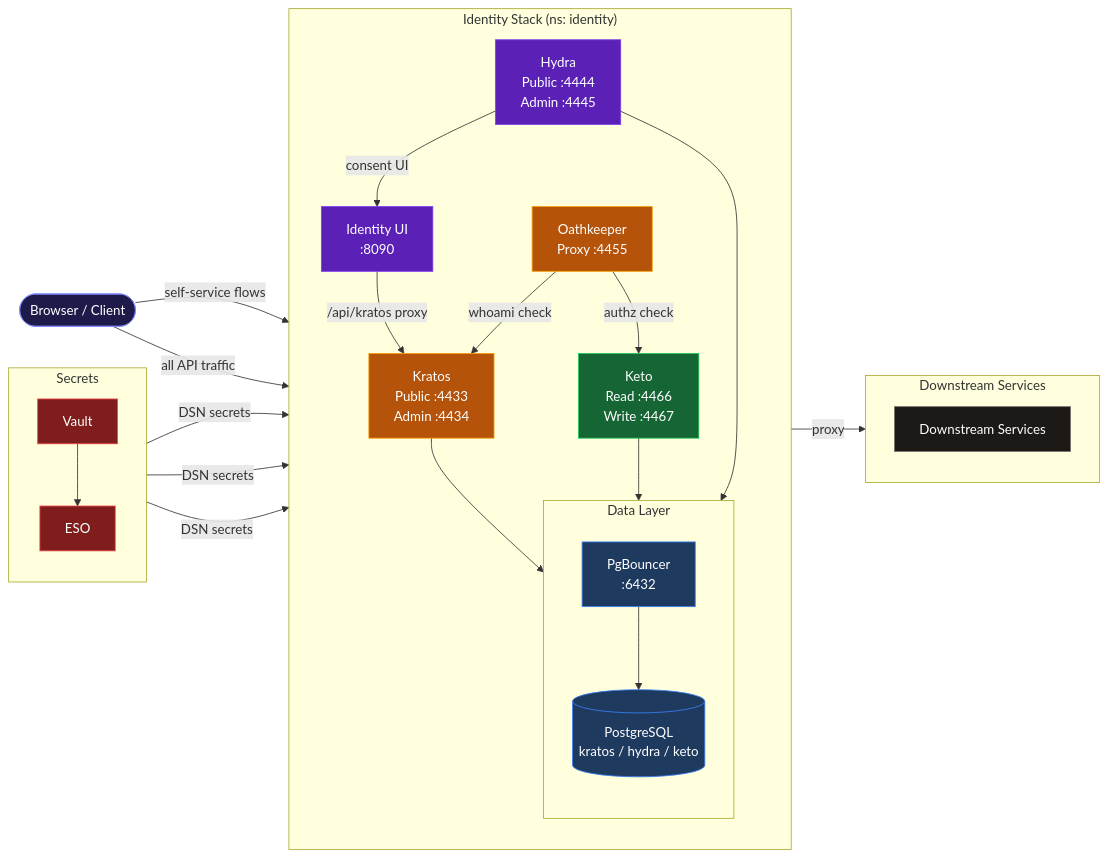
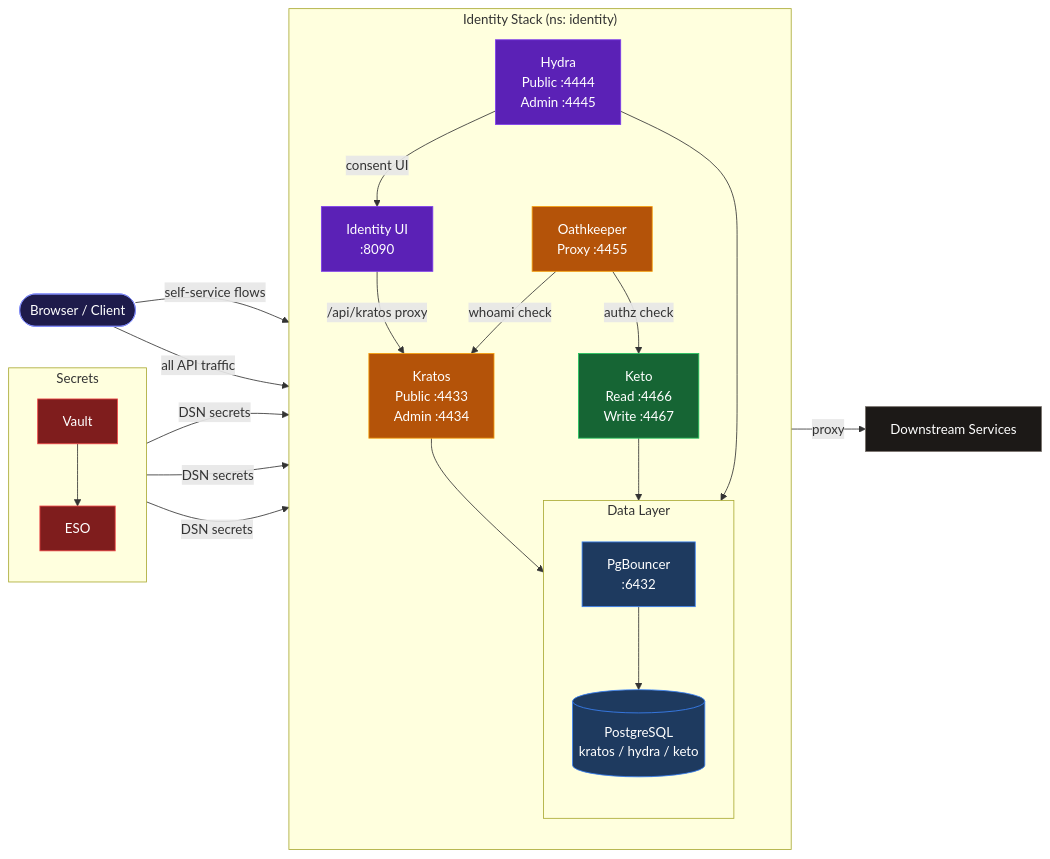
One commit to MathTrail/identity changed the diagram in README.md. Above: the diagram before and after it, drawn with Mermaid.

````diff
--- a/README.md
+++ b/README.md
@@ -8,58 +8,55 @@
 ```mermaid
 graph LR
     Browser(["Browser / Client"])
 
     subgraph IdentityStack ["Identity Stack (ns: identity)"]
         direction TB
         UI["Identity UI<br/>:8090"]
         OK["Oathkeeper<br/>Proxy :4455"]
         Kratos["Kratos<br/>Public :4433<br/>Admin :4434"]
         Hydra["Hydra<br/>Public :4444<br/>Admin :4445"]
         Keto["Keto<br/>Read :4466<br/>Write :4467"]
 
         subgraph Storage ["Data Layer"]
             direction TB
             PGB["PgBouncer<br/>:6432"] --> PG[("PostgreSQL<br/>kratos / hydra / keto")]
         end
 
         Kratos --> PGB
         Hydra --> PGB
         Keto --> PGB
     end
 
-    subgraph Downstream ["Downstream Services"]
-        direction TB
-      DownstreamAll["Downstream Services"]
-    end
+    DownstreamAll["Downstream Services"]
 
     subgraph Secrets ["Secrets"]
         direction TB
         Vault["Vault"] --> ESO["ESO"]
     end
 
     Browser -- "self-service flows" --> UI
     UI -- "/api/kratos proxy" --> Kratos
     Browser -- "all API traffic" --> OK
     OK -- "whoami check" --> Kratos
     OK -- "authz check" --> Keto
     OK -- "proxy" --> DownstreamAll
     Hydra -- "consent UI" --> UI
     ESO -- "DSN secrets" --> Kratos & Hydra & Keto
 
     %% Styling
     classDef authCls fill:#b45309,stroke:#f59e0b,color:#fff
     classDef svc fill:#5b21b6,stroke:#7c3aed,color:#fff
     classDef rbacCls fill:#166534,stroke:#22c55e,color:#fff
     classDef dataCls fill:#1e3a5f,stroke:#3b82f6,color:#fff
     classDef secretCls fill:#7f1d1d,stroke:#ef4444,color:#fff
     classDef actorCls fill:#1e1b4b,stroke:#818cf8,color:#fff
     classDef dstCls fill:#1c1917,stroke:#78716c,color:#fff
 
     class OK,Kratos authCls
     class UI,Hydra svc
     class Keto rbacCls
     class PGB,PG dataCls
     class Vault,ESO secretCls
     class Browser actorCls
     class DownstreamAll dstCls
 ```
````
